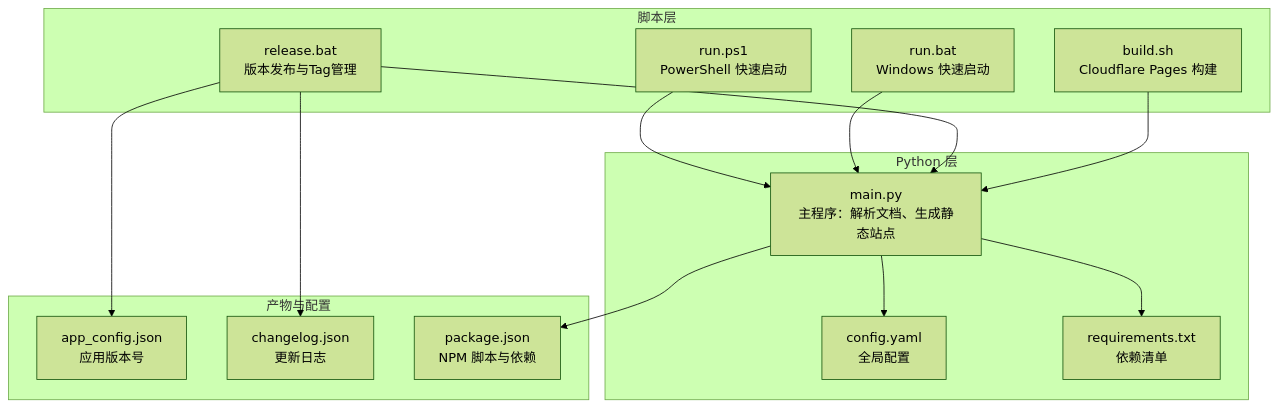
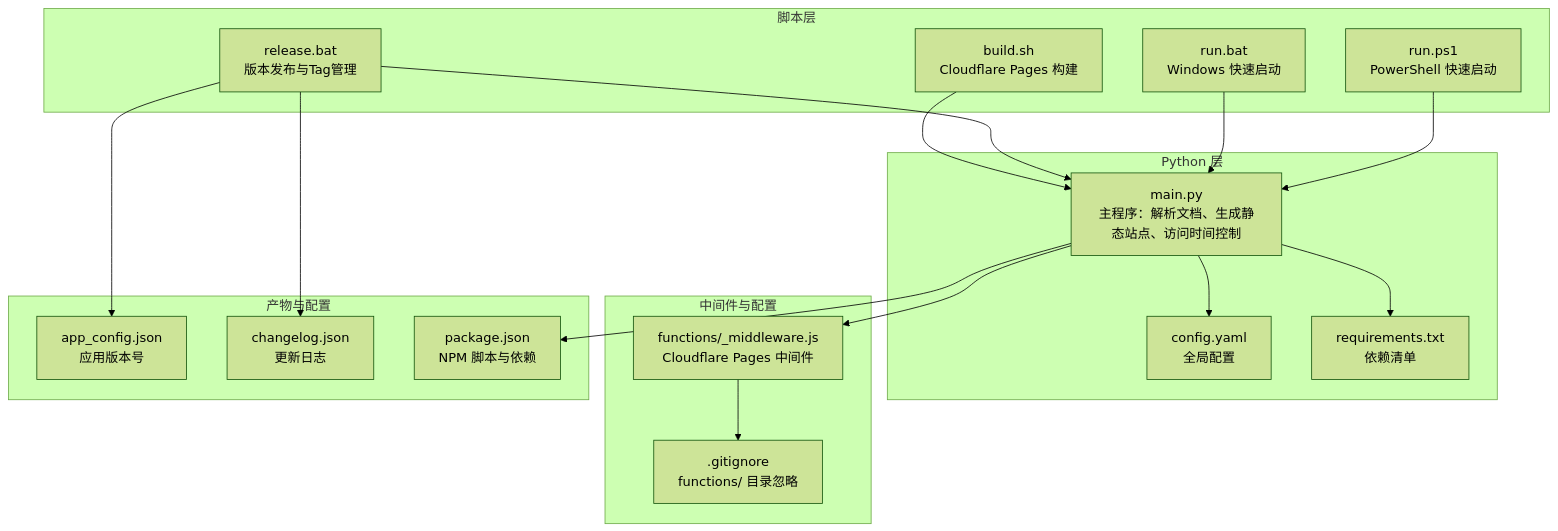
One commit to zhao-zg/cx changed the first of 5 diagrams in .qoder/repowiki/zh/content/部署发布/自动化部署脚本.md. Above: the diagram before and after it, drawn with Mermaid (forest theme). The commit also changed other lines of this file and 36 other files, not shown here.

````diff
--- a/.qoder/repowiki/zh/content/部署发布/自动化部署脚本.md
+++ b/.qoder/repowiki/zh/content/部署发布/自动化部署脚本.md
@@ -46,28 +52,34 @@
 ```mermaid
 graph TB
 subgraph "脚本层"
 B["build.sh<br/>Cloudflare Pages 构建"]
 R["release.bat<br/>版本发布与Tag管理"]
 RB["run.bat<br/>Windows 快速启动"]
 RP["run.ps1<br/>PowerShell 快速启动"]
 end
 subgraph "Python 层"
-M["main.py<br/>主程序：解析文档、生成静态站点"]
+M["main.py<br/>主程序：解析文档、生成静态站点、访问时间控制"]
 C["config.yaml<br/>全局配置"]
 RC["requirements.txt<br/>依赖清单"]
+end
+subgraph "中间件与配置"
+MW["functions/_middleware.js<br/>Cloudflare Pages 中间件"]
+GI[".gitignore<br/>functions/ 目录忽略"]
 end
 subgraph "产物与配置"
 AC["app_config.json<br/>应用版本号"]
 CL["changelog.json<br/>更新日志"]
 PJ["package.json<br/>NPM 脚本与依赖"]
 end
 B --> M
 R --> AC
 R --> CL
 R --> M
 RB --> M
 RP --> M
 M --> C
 M --> RC
+M --> MW
+MW --> GI
 M --> PJ
 ```
````
